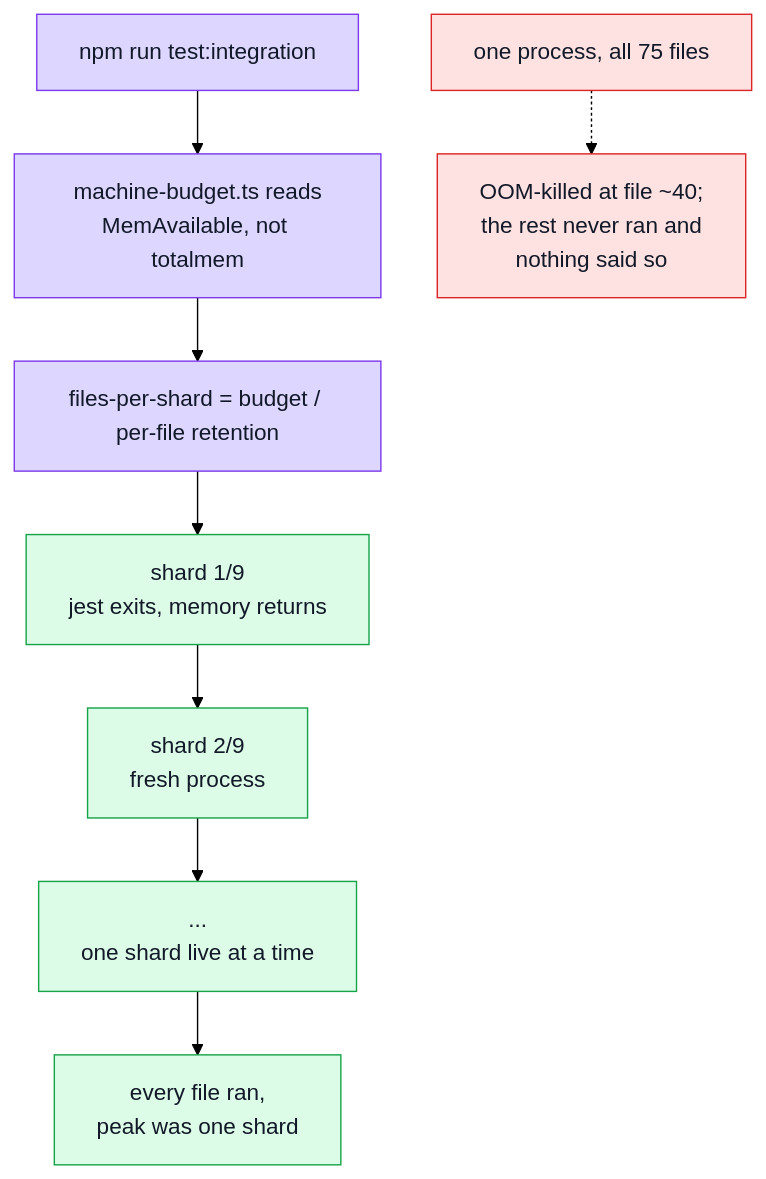
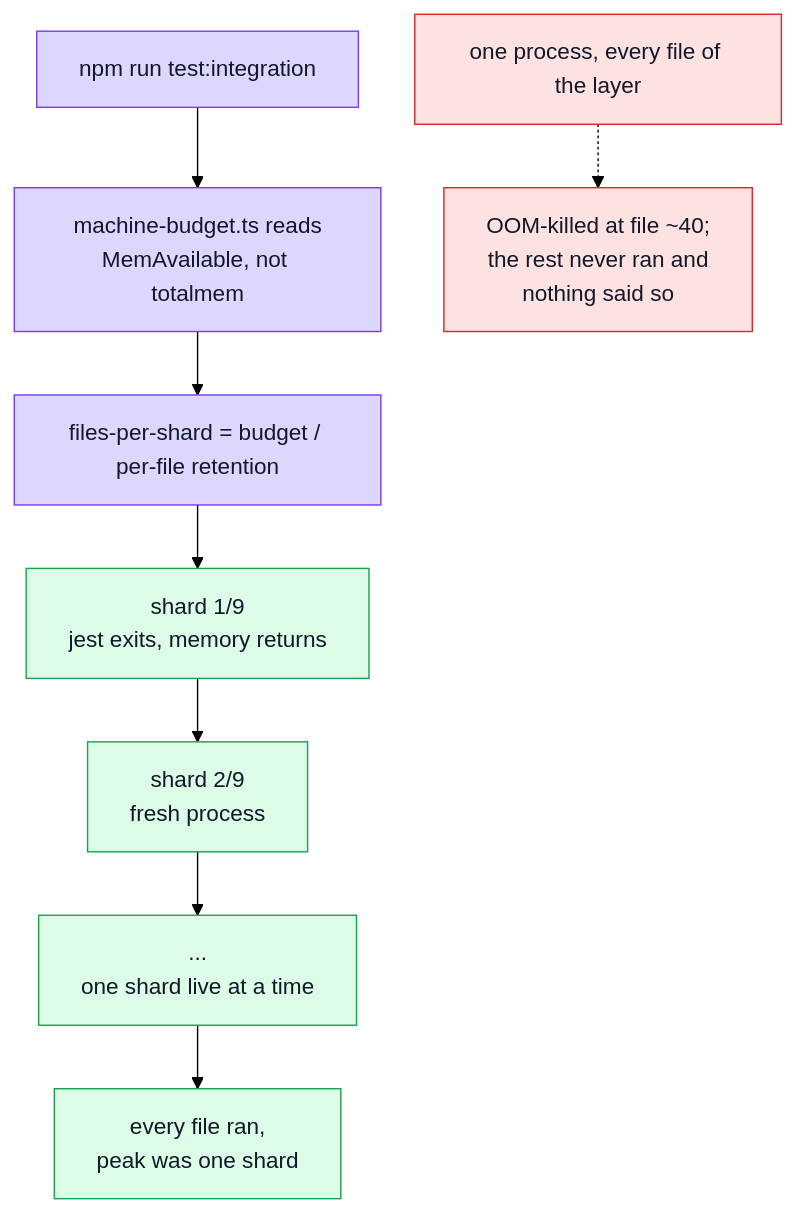
One commit to Guebbit/boilerplate-node-backend changed the diagram in docs/tools/weak-machines.md. Above: the diagram before and after it, drawn with Mermaid (forest theme). The commit also changed other lines of this file and 10 other files, not shown here.

````diff
--- a/docs/tools/weak-machines.md
+++ b/docs/tools/weak-machines.md
@@ -34,19 +34,19 @@
 ```mermaid
 %%{init: {'flowchart': {'nodeSpacing': 40, 'rankSpacing': 45}}}%%
 flowchart TD
     Start["npm run test:integration"] --> Budget["machine-budget.ts reads\nMemAvailable, not totalmem"]
     Budget --> Calc["files-per-shard = budget / per-file retention"]
     Calc --> S1["shard 1/9\njest exits, memory returns"]
     S1 --> S2["shard 2/9\nfresh process"]
     S2 --> S3["...\none shard live at a time"]
     S3 --> Done["every file ran,\npeak was one shard"]
 
-    OldWay["one process, all 75 files"] -.-> OOM["OOM-killed at file ~40;\nthe rest never ran and\nnothing said so"]
+    OldWay["one process, every file of the layer"] -.-> OOM["OOM-killed at file ~40;\nthe rest never ran and\nnothing said so"]
 
     classDef ok fill:#dcfce7,stroke:#16a34a,color:#111827;
     classDef proc fill:#ddd6fe,stroke:#7c3aed,color:#111827;
     classDef bad fill:#fee2e2,stroke:#dc2626,color:#111827;
     class Start,Budget,Calc proc;
     class S1,S2,S3,Done ok;
     class OldWay,OOM bad;
 ```
````
